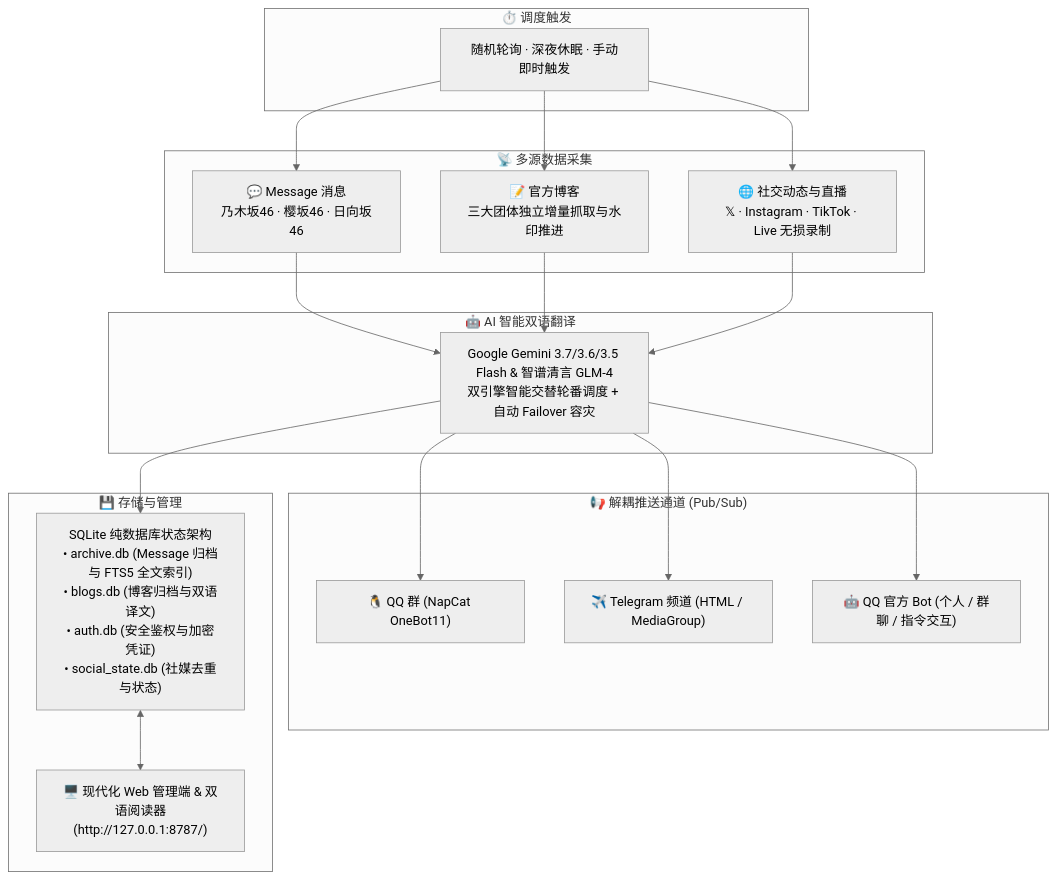
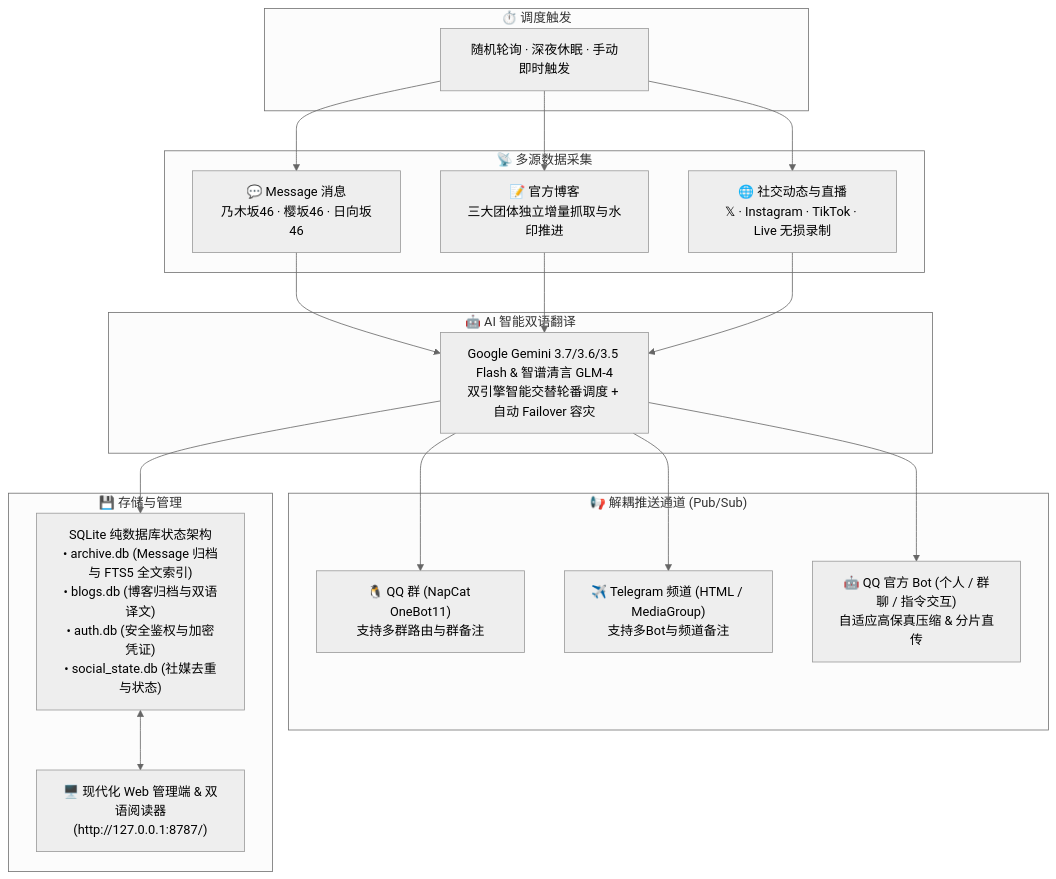
The first of 3 diagrams in README.md (TomisatoNao/nogizaka-message-push), drawn with Mermaid (neutral theme) before and after one commit. The commit also changed other lines of this file and 13 other files, not shown here.

Commit message:
feat: support channel remarks, archive search, single-download flow, adaptive media compression, and align documentation

````diff
--- a/README.md
+++ b/README.md
@@ -13,33 +13,33 @@
 ```mermaid
 flowchart TD
     subgraph S1["⏱️ 调度触发"]
         Trigger["随机轮询 · 深夜休眠 · 手动即时触发"]
     end
 
     subgraph S2["📡 多源数据采集"]
         P1["💬 Message 消息<br/>乃木坂46 · 樱坂46 · 日向坂46"]
         P2["📝 官方博客<br/>三大团体独立增量抓取与水印推进"]
         P3["🌐 社交动态与直播<br/>𝕏 · Instagram · TikTok · Live 无损录制"]
     end
 
     subgraph S3["🤖 AI 智能双语翻译"]
         AI["Google Gemini 3.7/3.6/3.5 Flash & 智谱清言 GLM-4<br/>双引擎智能交替轮番调度 + 自动 Failover 容灾"]
     end
 
     subgraph S4["📢 解耦推送通道 (Pub/Sub)"]
-        Push1["🐧 QQ 群 (NapCat OneBot11)"]
-        Push2["✈️ Telegram 频道 (HTML / MediaGroup)"]
-        Push3["🤖 QQ 官方 Bot (个人 / 群聊 / 指令交互)"]
+        Push1["🐧 QQ 群 (NapCat OneBot11)<br/>支持多群路由与群备注"]
+        Push2["✈️ Telegram 频道 (HTML / MediaGroup)<br/>支持多Bot与频道备注"]
+        Push3["🤖 QQ 官方 Bot (个人 / 群聊 / 指令交互)<br/>自适应高保真压缩 & 分片直传"]
     end
 
     subgraph S5["💾 存储与管理"]
         DB["SQLite 纯数据库状态架构<br/>• archive.db (Message 归档与 FTS5 全文索引)<br/>• blogs.db (博客归档与双语译文)<br/>• auth.db (安全鉴权与加密凭证)<br/>• social_state.db (社媒去重与状态)"]
         WebUI["🖥️ 现代化 Web 管理端 & 双语阅读器<br/>(http://127.0.0.1:8787/)"]
     end
 
     Trigger --> P1 & P2 & P3
     P1 & P2 & P3 --> AI
     AI --> Push1 & Push2 & Push3
     AI --> DB
     DB <--> WebUI
 ```
````
